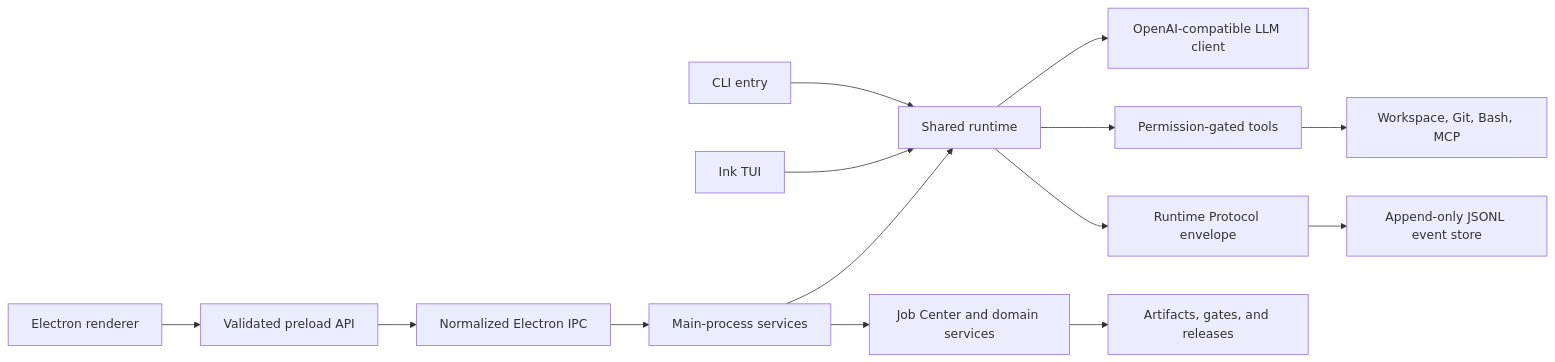
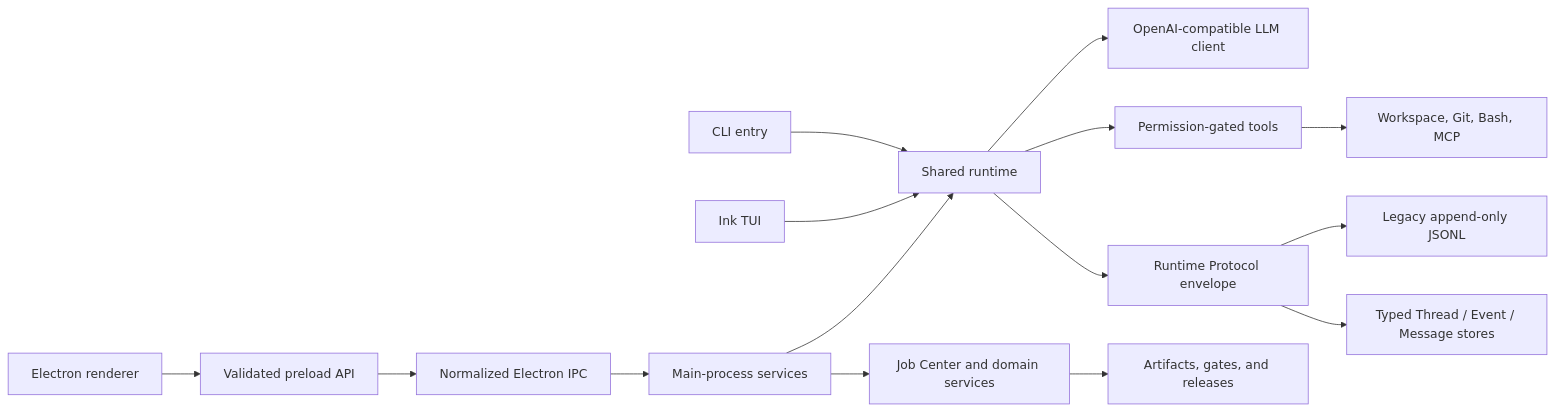
One commit to mc7yxyyq96-sketch/hi-code changed the first of 2 diagrams in docs/program/ARCHITECTURE.md. Above: the diagram before and after it, drawn with Mermaid. The commit also changed other lines of this file and 17 other files, not shown here.

````diff
--- a/docs/program/ARCHITECTURE.md
+++ b/docs/program/ARCHITECTURE.md
@@ -13,16 +13,17 @@
 ```mermaid
 flowchart LR
   E["Electron renderer"] --> P["Validated preload API"]
   P --> I["Normalized Electron IPC"]
   I --> S["Main-process services"]
   C["CLI entry"] --> R["Shared runtime"]
   T["Ink TUI"] --> R
   S --> R
   R --> L["OpenAI-compatible LLM client"]
   R --> X["Permission-gated tools"]
   X --> F["Workspace, Git, Bash, MCP"]
   R --> RP["Runtime Protocol envelope"]
-  RP --> ES["Append-only JSONL event store"]
+  RP --> ES["Legacy append-only JSONL"]
+  RP --> TS["Typed Thread / Event / Message stores"]
   S --> J["Job Center and domain services"]
   J --> A["Artifacts, gates, and releases"]
 ```
````
